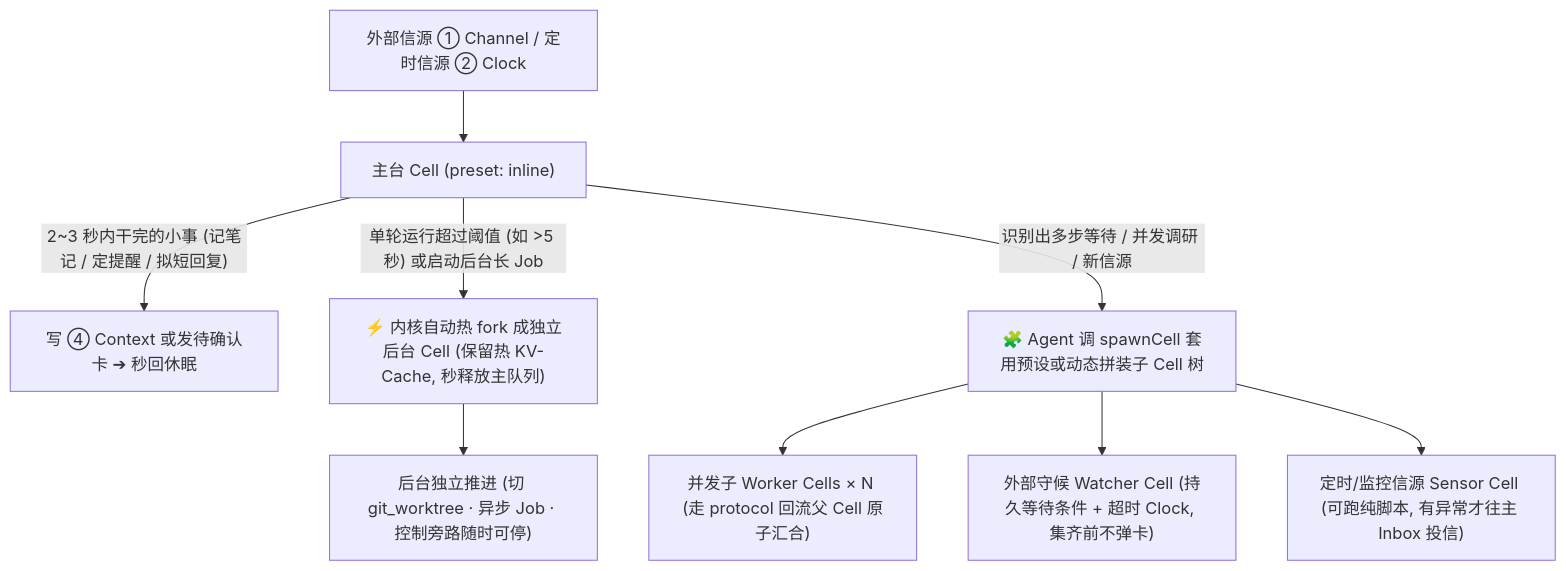
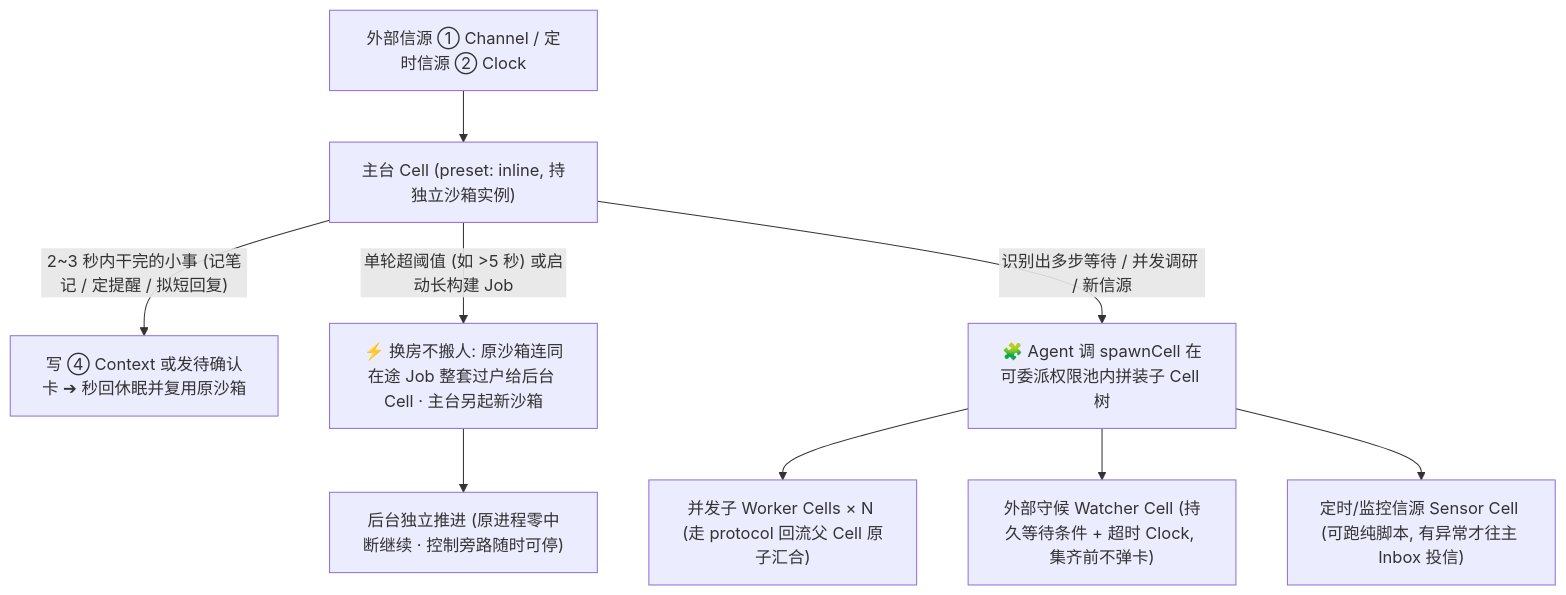
One commit to project-aoi/ng-agents changed the diagram in docs/02-atomic-kernel-architecture.md. Above: the diagram before and after it, drawn with Mermaid. The commit also changed other lines of this file and 2 other files, not shown here.

Commit message:
docs: separate self vs delegatable permissions and transfer active workspace on hot-fork

````diff
--- a/docs/02-atomic-kernel-architecture.md
+++ b/docs/02-atomic-kernel-architecture.md
@@ -227,13 +232,13 @@
 ```mermaid
 flowchart TB
-    In["外部信源 ① Channel / 定时信源 ② Clock"] --> Main["主台 Cell (preset: inline)"]
+    In["外部信源 ① Channel / 定时信源 ② Clock"] --> Main["主台 Cell (preset: inline, 持独立沙箱实例)"]
 
-    Main -->|"2~3 秒内干完的小事 (记笔记 / 定提醒 / 拟短回复)"| Fast["写 ④ Context 或发待确认卡 ➔ 秒回休眠"]
-    Main -->|"单轮运行超过阈值 (如 >5 秒) 或启动后台长 Job"| Fork["⚡ 内核自动热 fork 成独立后台 Cell (保留热 KV-Cache, 秒释放主队列)"]
-    Main -->|"识别出多步等待 / 并发调研 / 新信源"| Dyn["🧩 Agent 调 spawnCell 套用预设或动态拼装子 Cell 树"]
+    Main -->|"2~3 秒内干完的小事 (记笔记 / 定提醒 / 拟短回复)"| Fast["写 ④ Context 或发待确认卡 ➔ 秒回休眠并复用原沙箱"]
+    Main -->|"单轮超阈值 (如 >5 秒) 或启动长构建 Job"| Fork["⚡ 换房不搬人: 原沙箱连同在途 Job 整套过户给后台 Cell · 主台另起新沙箱"]
+    Main -->|"识别出多步等待 / 并发调研 / 新信源"| Dyn["🧩 Agent 调 spawnCell 在可委派权限池内拼装子 Cell 树"]
 
-    Fork --> Bg["后台独立推进 (切 git_worktree · 异步 Job · 控制旁路随时可停)"]
+    Fork --> Bg["后台独立推进 (原进程零中断继续 · 控制旁路随时可停)"]
     Dyn --> W1["并发子 Worker Cells × N (走 protocol 回流父 Cell 原子汇合)"]
     Dyn --> W2["外部守候 Watcher Cell (持久等待条件 + 超时 Clock, 集齐前不弹卡)"]
     Dyn --> W3["定时/监控信源 Sensor Cell (可跑纯脚本, 有异常才往主 Inbox 投信)"]
 ```
````
